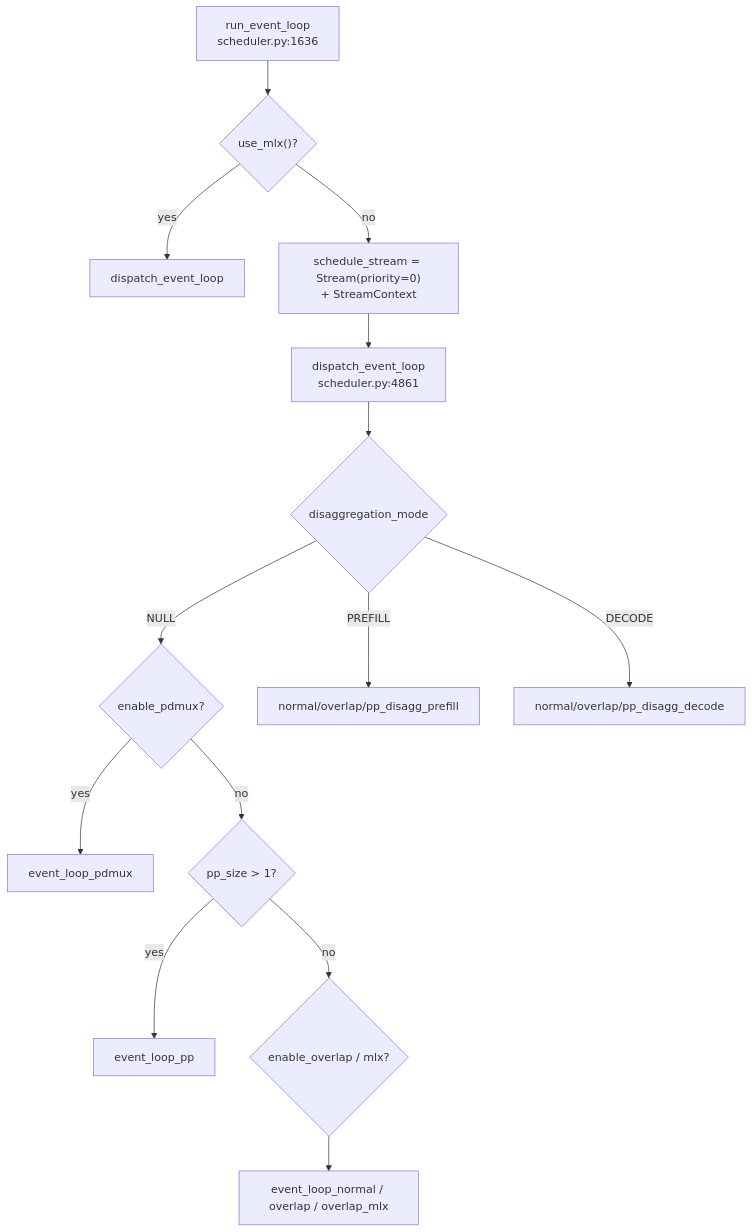
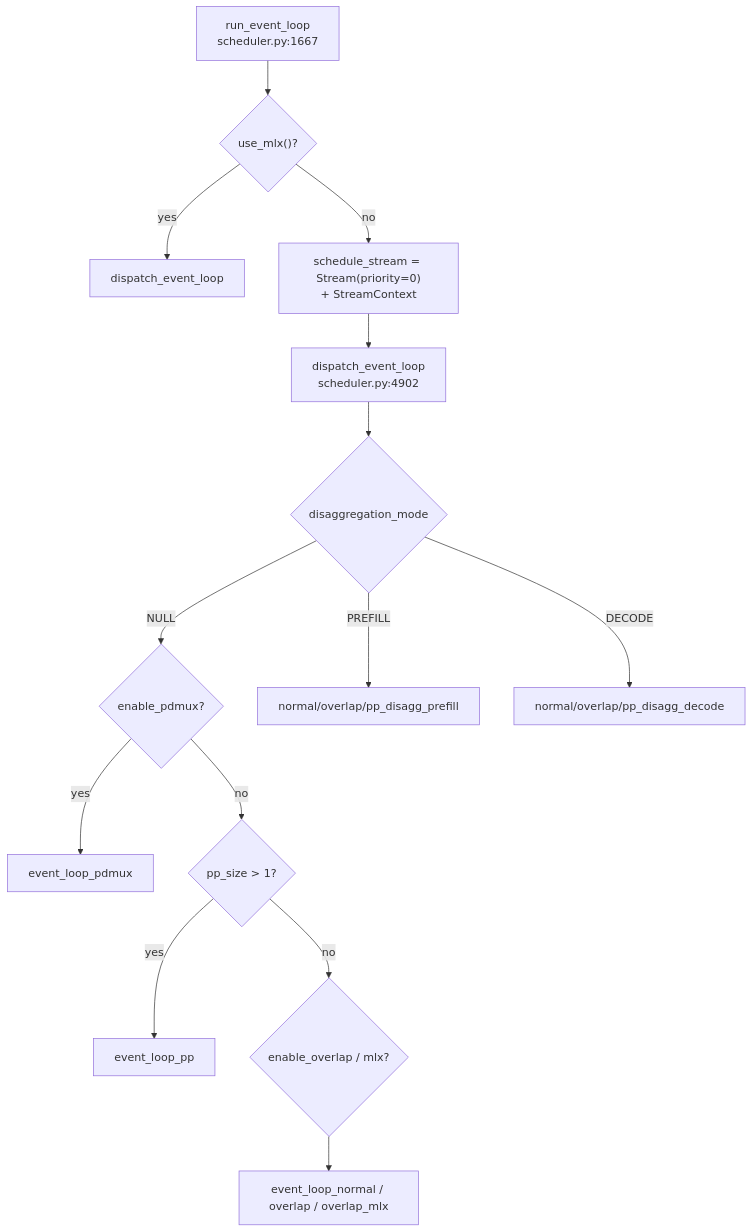
Before and after one commit to learning-sketch/wiki: the second of 2 diagrams in sglang/entities/Scheduler.md, drawn with Mermaid. The commit also changed other lines of this file and 7 other files, not shown here.

````diff
--- a/sglang/entities/Scheduler.md
+++ b/sglang/entities/Scheduler.md
@@ -203,16 +203,16 @@
 ```mermaid
 flowchart TB
-    Run["run_event_loop<br/>scheduler.py:1636"] --> MLX{"use_mlx()?"}
+    Run["run_event_loop<br/>scheduler.py:1667"] --> MLX{"use_mlx()?"}
     MLX -- yes --> Disp1["dispatch_event_loop"]
     MLX -- no --> Stream["schedule_stream = Stream(priority=0)<br/>+ StreamContext"]
-    Stream --> Disp2["dispatch_event_loop<br/>scheduler.py:4861"]
+    Stream --> Disp2["dispatch_event_loop<br/>scheduler.py:4902"]
     Disp2 --> Null{"disaggregation_mode"}
     Null -- NULL --> Pdmux{"enable_pdmux?"}
     Pdmux -- yes --> EPdmux["event_loop_pdmux"]
     Pdmux -- no --> PP{"pp_size > 1?"}
     PP -- yes --> EPP["event_loop_pp"]
     PP -- no --> Ov{"enable_overlap / mlx?"}
     Ov --> EN["event_loop_normal / overlap / overlap_mlx"]
     Null -- PREFILL --> Pref["normal/overlap/pp_disagg_prefill"]
     Null -- DECODE --> Dec["normal/overlap/pp_disagg_decode"]
 ```
````
